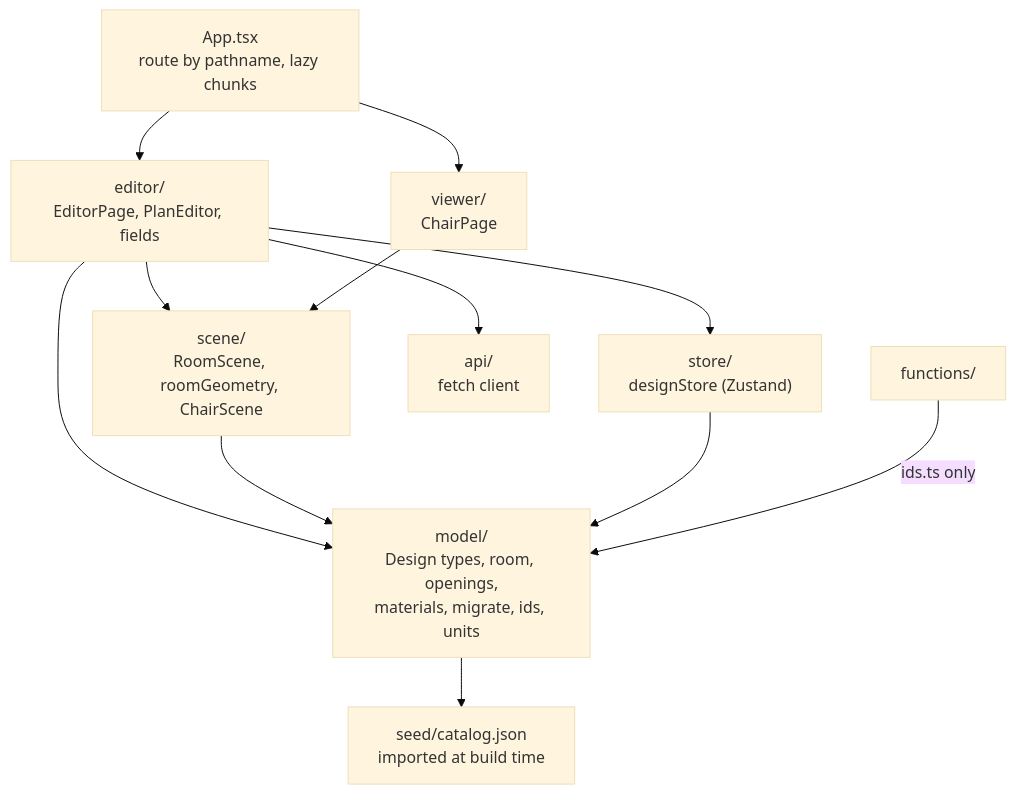
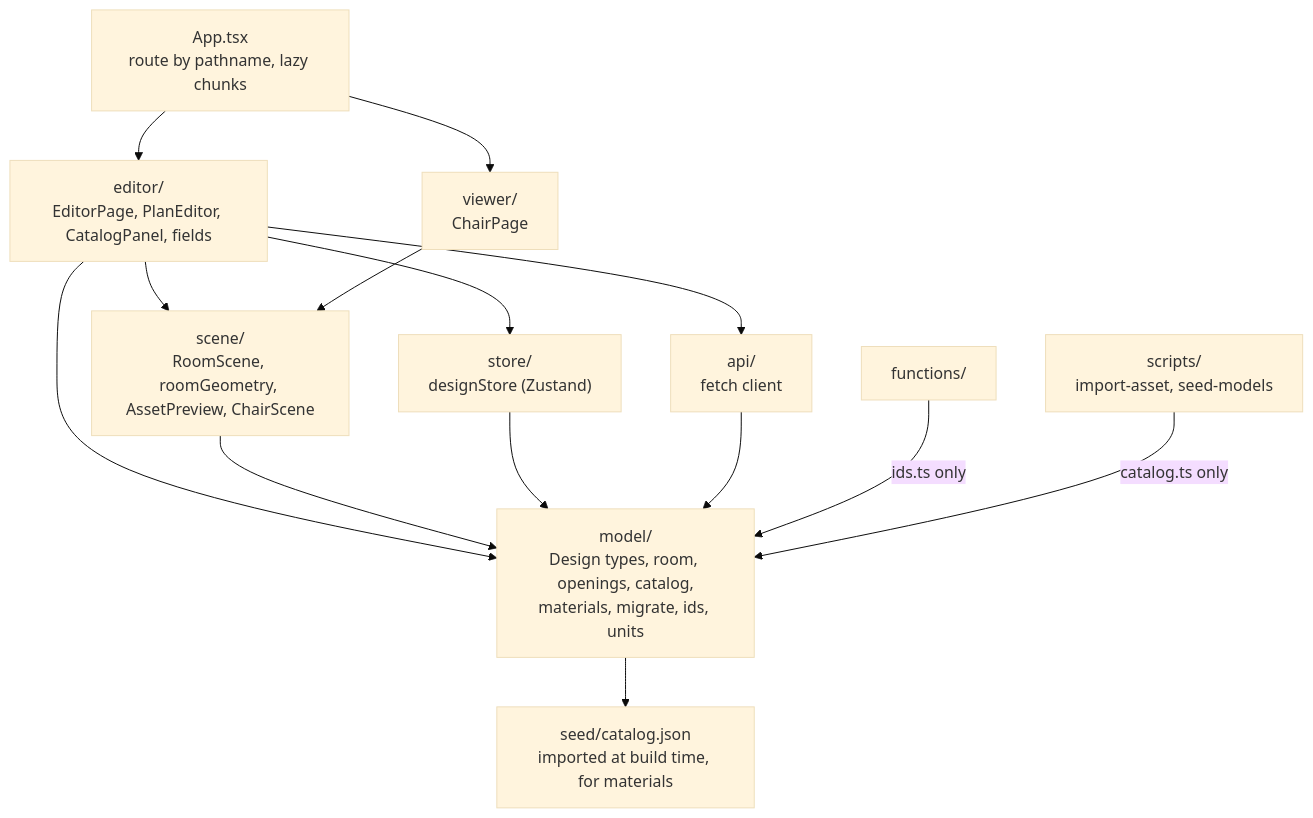
Before and after one commit to davidopluslau/whimsy-forge: the second of 5 diagrams in docs/SYSTEM_DESIGN.md, drawn with Mermaid (base theme). The commit also changed other lines of this file and 73 other files, not shown here.

First line of the commit message:
M3: Catalog and asset pipeline (#6)

````diff
--- a/docs/SYSTEM_DESIGN.md
+++ b/docs/SYSTEM_DESIGN.md
@@ -92,24 +95,27 @@
 ```mermaid
 flowchart TD
     app["App.tsx<br/>route by pathname, lazy chunks"]
-    editor["editor/<br/>EditorPage, PlanEditor, fields"]
+    editor["editor/<br/>EditorPage, PlanEditor, CatalogPanel, fields"]
     viewer["viewer/<br/>ChairPage"]
-    scene["scene/<br/>RoomScene, roomGeometry, ChairScene"]
+    scene["scene/<br/>RoomScene, roomGeometry, AssetPreview, ChairScene"]
     store["store/<br/>designStore (Zustand)"]
     api["api/<br/>fetch client"]
-    model["model/<br/>Design types, room, openings,<br/>materials, migrate, ids, units"]
-    catalog["seed/catalog.json<br/>imported at build time"]
+    model["model/<br/>Design types, room, openings, catalog,<br/>materials, migrate, ids, units"]
+    materials["seed/catalog.json<br/>imported at build time, for materials"]
+    scripts["scripts/<br/>import-asset, seed-models"]
     fns["functions/"]
 
     app --> editor
     app --> viewer
     editor --> scene
     editor --> store
     editor --> api
     editor --> model
     viewer --> scene
     scene --> model
     store --> model
-    model --> catalog
+    api --> model
+    model --> materials
     fns -->|"ids.ts only"| model
+    scripts -->|"catalog.ts only"| model
 ```
````
